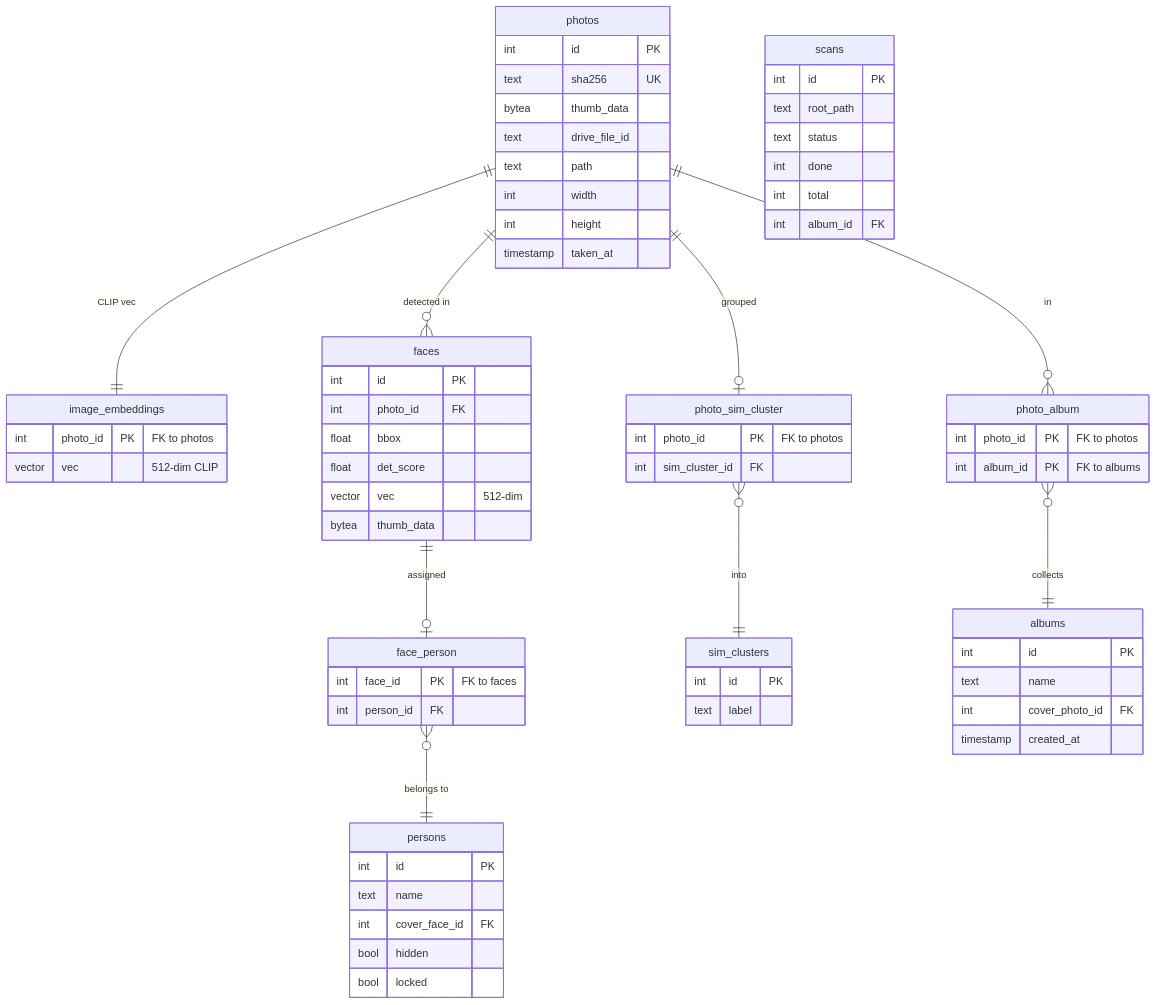
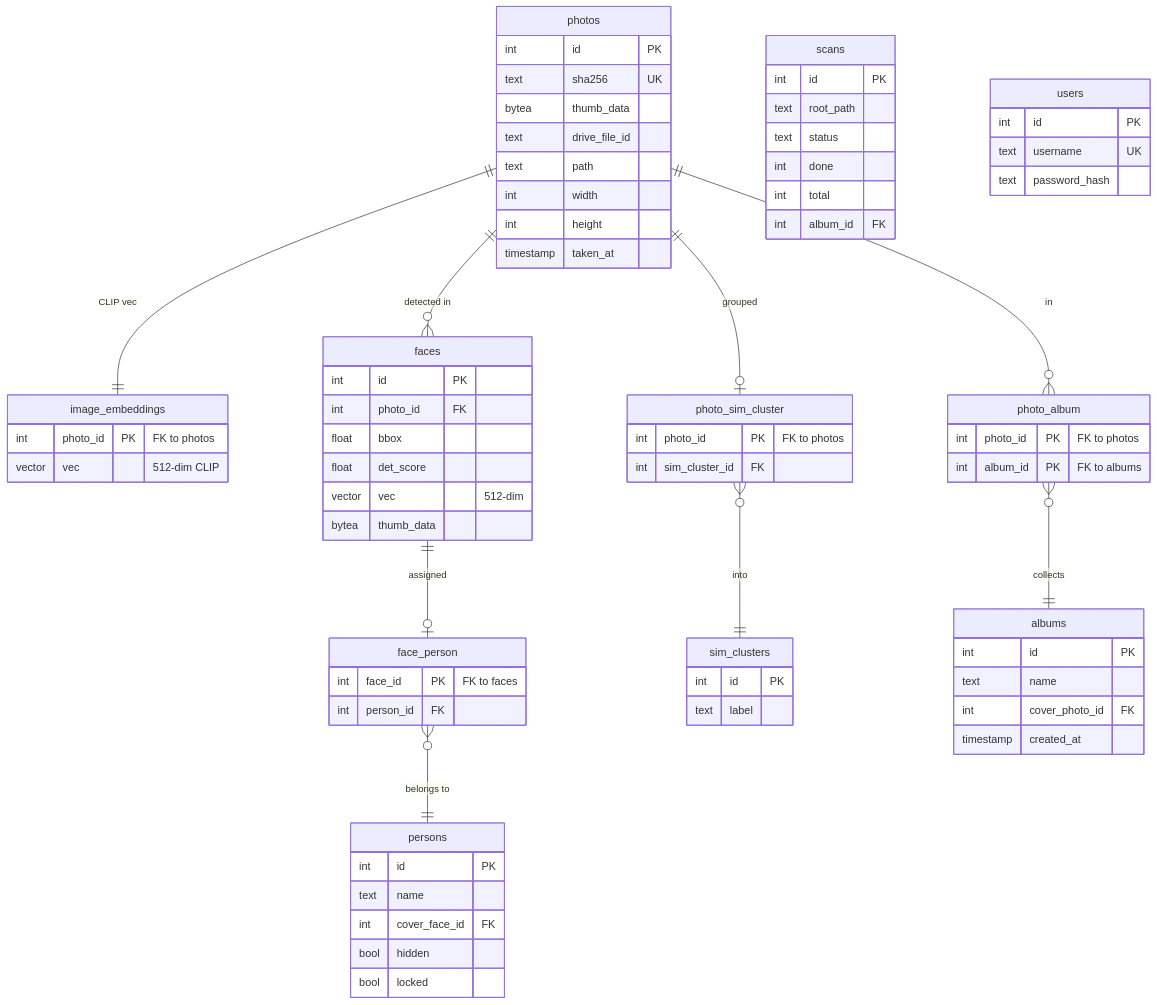
The second of 6 diagrams in docs/architecture.md (DeKal/photo-gallery), drawn with Mermaid before and after one commit. The commit also changed other lines of this file and 29 other files, not shown here.

````diff
--- a/docs/architecture.md
+++ b/docs/architecture.md
@@ -82,71 +101,76 @@
 ```mermaid
 erDiagram
     photos ||--|| image_embeddings : "CLIP vec"
     photos ||--o{ faces : "detected in"
     faces ||--o| face_person : "assigned"
     face_person }o--|| persons : "belongs to"
     photos ||--o| photo_sim_cluster : "grouped"
     photo_sim_cluster }o--|| sim_clusters : "into"
     photos ||--o{ photo_album : "in"
     photo_album }o--|| albums : "collects"
 
     photos {
         int id PK
         text sha256 UK
         bytea thumb_data
         text drive_file_id
         text path
         int width
         int height
         timestamp taken_at
     }
     image_embeddings {
         int photo_id PK "FK to photos"
         vector vec "512-dim CLIP"
     }
     faces {
         int id PK
         int photo_id FK
         float bbox
         float det_score
         vector vec "512-dim"
         bytea thumb_data
     }
     face_person {
         int face_id PK "FK to faces"
         int person_id FK
     }
     persons {
         int id PK
         text name
         int cover_face_id FK
         bool hidden
         bool locked
     }
     sim_clusters {
         int id PK
         text label
     }
     photo_sim_cluster {
         int photo_id PK "FK to photos"
         int sim_cluster_id FK
     }
     scans {
         int id PK
         text root_path
         text status
         int done
         int total
         int album_id FK
     }
     albums {
         int id PK
         text name
         int cover_photo_id FK
         timestamp created_at
     }
     photo_album {
         int photo_id PK "FK to photos"
         int album_id PK "FK to albums"
     }
+    users {
+        int id PK
+        text username UK
+        text password_hash
+    }
 ```
````
